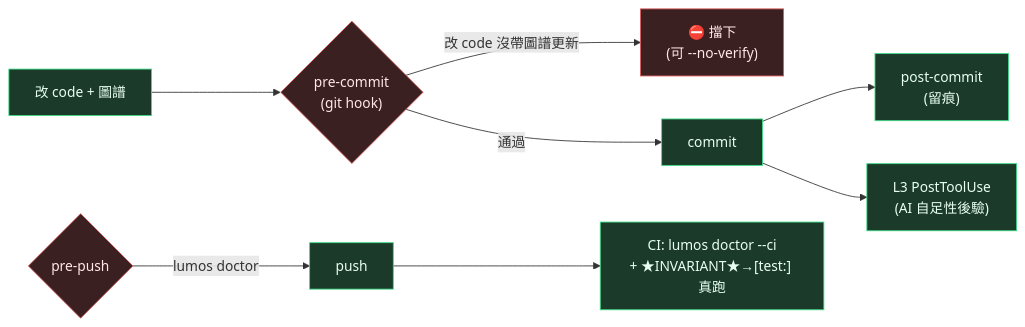
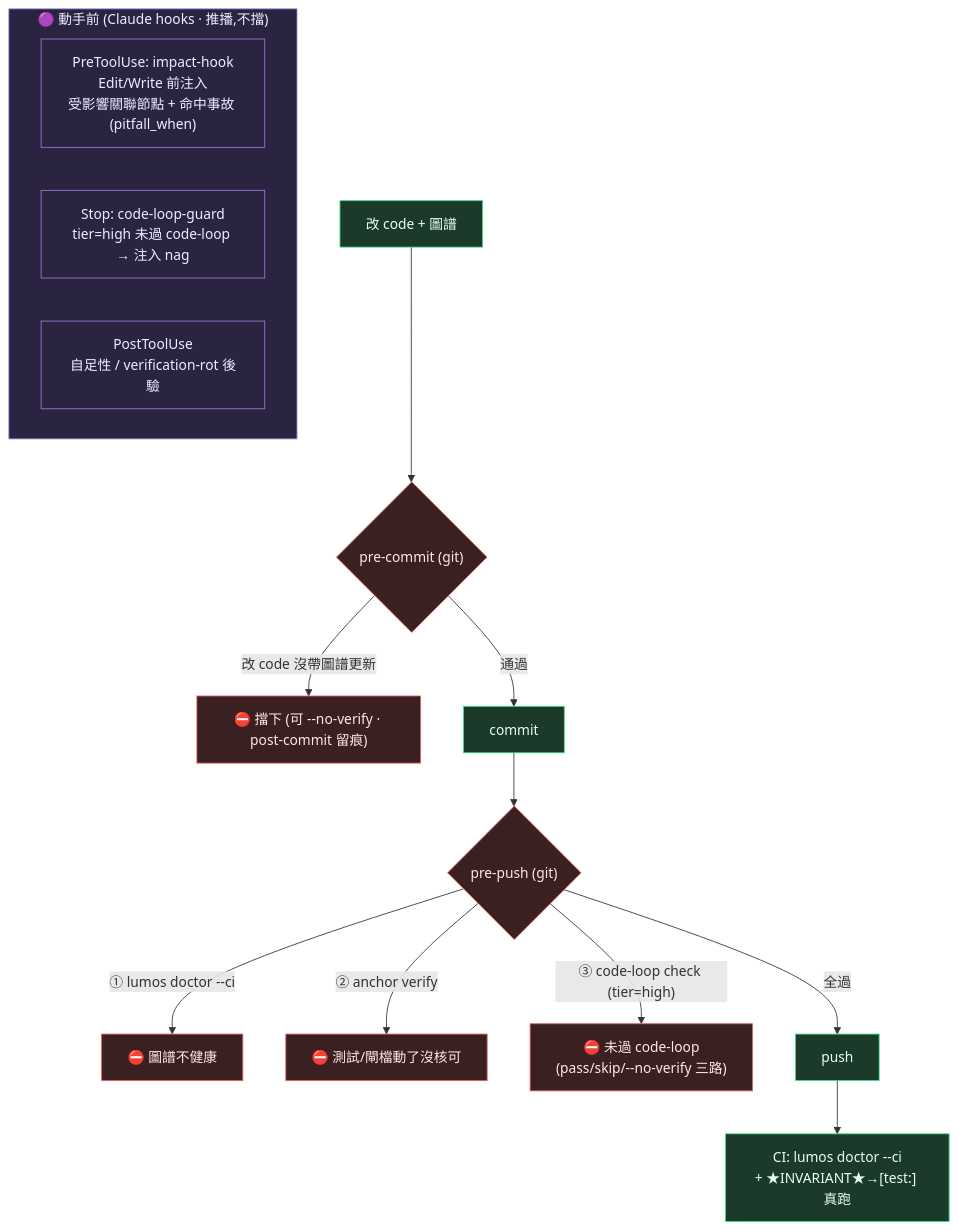
One commit to EnzoHsieh-Android/Lumos changed the fourth of 4 diagrams in ARCHITECTURE.md. Above: the diagram before and after it, drawn with Mermaid. The commit also changed other lines of this file and 4 other files, not shown here.

First line of the commit message:
docs: 三篇論述 + README 對齊現況(loop/impact/code-loop/anchor/pitfalls)

````diff
--- a/ARCHITECTURE.md
+++ b/ARCHITECTURE.md
@@ -121,15 +135,26 @@
 ```mermaid
-flowchart LR
-    EDIT["改 code + 圖譜"] --> PC{"pre-commit<br/>(git hook)"}
-    PC -->|"改 code 沒帶圖譜更新"| BLOCK["⛔ 擋下<br/>(可 --no-verify)"]
+flowchart TB
+    subgraph BEFORE["🟣 動手前 (Claude hooks · 推播,不擋)"]
+        PRE["PreToolUse: impact-hook<br/>Edit/Write 前注入<br/>受影響關聯節點 + 命中事故 (pitfall_when)"]
+        STOP["Stop: code-loop-guard<br/>tier=high 未過 code-loop → 注入 nag"]
+        POSTT["PostToolUse<br/>自足性 / verification-rot 後驗"]
+    end
+
+    EDIT["改 code + 圖譜"] --> PC{"pre-commit (git)"}
+    PC -->|"改 code 沒帶圖譜更新"| BLOCK["⛔ 擋下 (可 --no-verify · post-commit 留痕)"]
     PC -->|通過| COMMIT["commit"]
-    COMMIT --> POST["post-commit<br/>(留痕)"]
-    COMMIT --> L3["L3 PostToolUse<br/>(AI 自足性後驗)"]
-    PUSH{"pre-push"} -->|"lumos doctor"| PASS["push"]
+
+    COMMIT --> PUSH{"pre-push (git)"}
+    PUSH -->|"① lumos doctor --ci"| PB1["⛔ 圖譜不健康"]
+    PUSH -->|"② anchor verify"| PB2["⛔ 測試/閘檔動了沒核可"]
+    PUSH -->|"③ code-loop check (tier=high)"| PB3["⛔ 未過 code-loop<br/>(pass/skip/--no-verify 三路)"]
+    PUSH -->|全過| PASS["push"]
     PASS --> CI["CI: lumos doctor --ci<br/>+ ★INVARIANT★→[test:] 真跑"]
 
     classDef gate fill:#3a2020,stroke:#dc5b5b,color:#ffe8e8
     classDef ok fill:#1b3a2a,stroke:#3ddc84,color:#e8fff0
-    class PC,PUSH,BLOCK gate
-    class COMMIT,POST,L3,PASS,CI,EDIT ok
+    classDef push fill:#2a2440,stroke:#9a7bd6,color:#f0ecff
+    class PC,PUSH,BLOCK,PB1,PB2,PB3 gate
+    class COMMIT,PASS,CI,EDIT ok
+    class BEFORE,PRE,STOP,POSTT push
 ```
````
